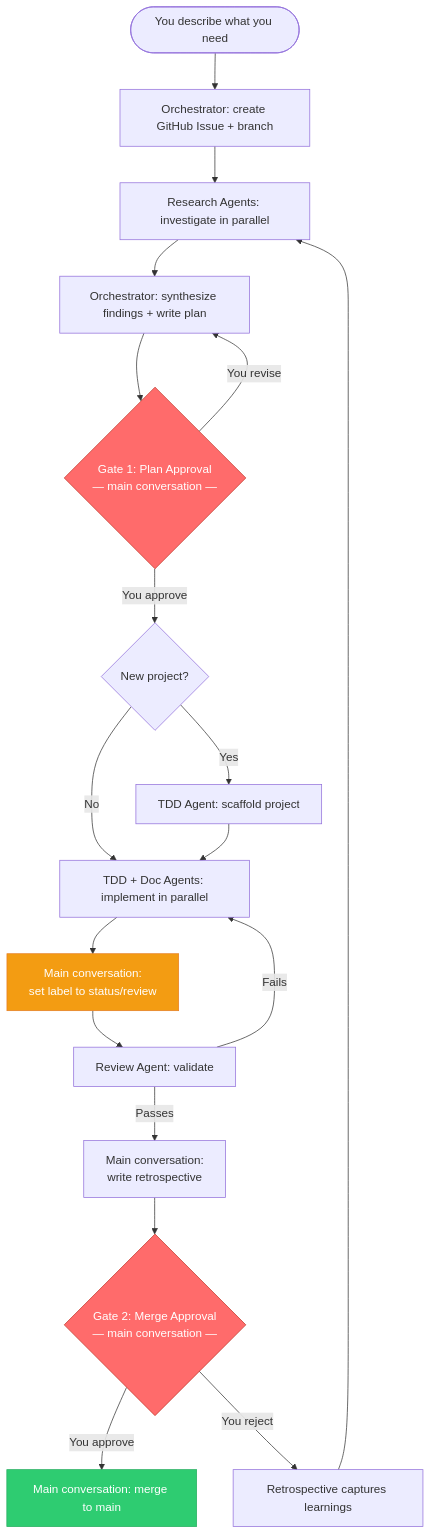
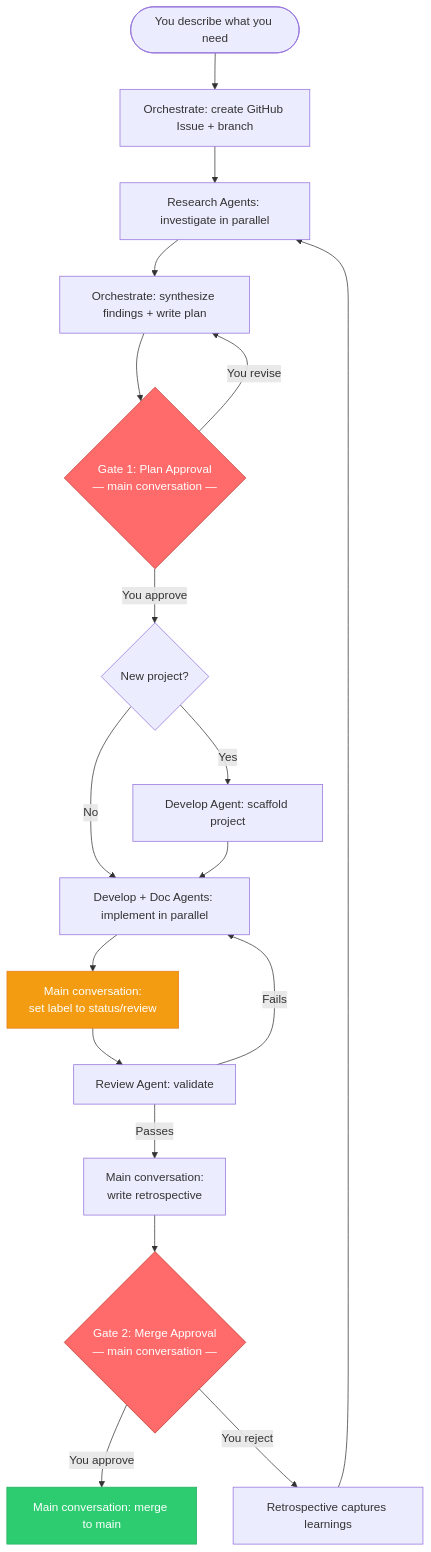
Before and after one commit to Mpfk/auto: the first of 5 diagrams in docs/auto/agent-flow.md, drawn with Mermaid. The commit also changed other lines of this file and 8 other files, not shown here.

First line of the commit message:
refactor(agents): rename orchestrator→orchestrate and tdd→develop

````diff
--- a/docs/auto/agent-flow.md
+++ b/docs/auto/agent-flow.md
@@ -33,25 +33,25 @@
 ```mermaid
 flowchart TD
-    A([You describe what you need]) --> B[Orchestrator: create GitHub Issue + branch]
+    A([You describe what you need]) --> B[Orchestrate: create GitHub Issue + branch]
     B --> C[Research Agents: investigate in parallel]
-    C --> D[Orchestrator: synthesize findings + write plan]
+    C --> D[Orchestrate: synthesize findings + write plan]
     D --> G1{Gate 1: Plan Approval\n— main conversation —}
     G1 -- You approve --> SC{New project?}
-    SC -- Yes --> SCAF[TDD Agent: scaffold project]
+    SC -- Yes --> SCAF[Develop Agent: scaffold project]
     SC -- No --> E
-    SCAF --> E[TDD + Doc Agents: implement in parallel]
+    SCAF --> E[Develop + Doc Agents: implement in parallel]
     G1 -- You revise --> D
     E --> SR[Main conversation:\nset label to status/review]
     SR --> F[Review Agent: validate]
     F -- Fails --> E
     F -- Passes --> R[Main conversation:\nwrite retrospective]
     R --> G2{Gate 2: Merge Approval\n— main conversation —}
     G2 -- You approve --> M[Main conversation: merge to main]
     G2 -- You reject --> RETRO[Retrospective captures learnings]
     RETRO --> C
 
     style G1 fill:#ff6b6b,color:#fff,stroke:#c0392b
     style G2 fill:#ff6b6b,color:#fff,stroke:#c0392b
     style M fill:#2ecc71,color:#fff,stroke:#27ae60
     style SR fill:#f39c12,color:#fff,stroke:#e67e22
 ```
````
